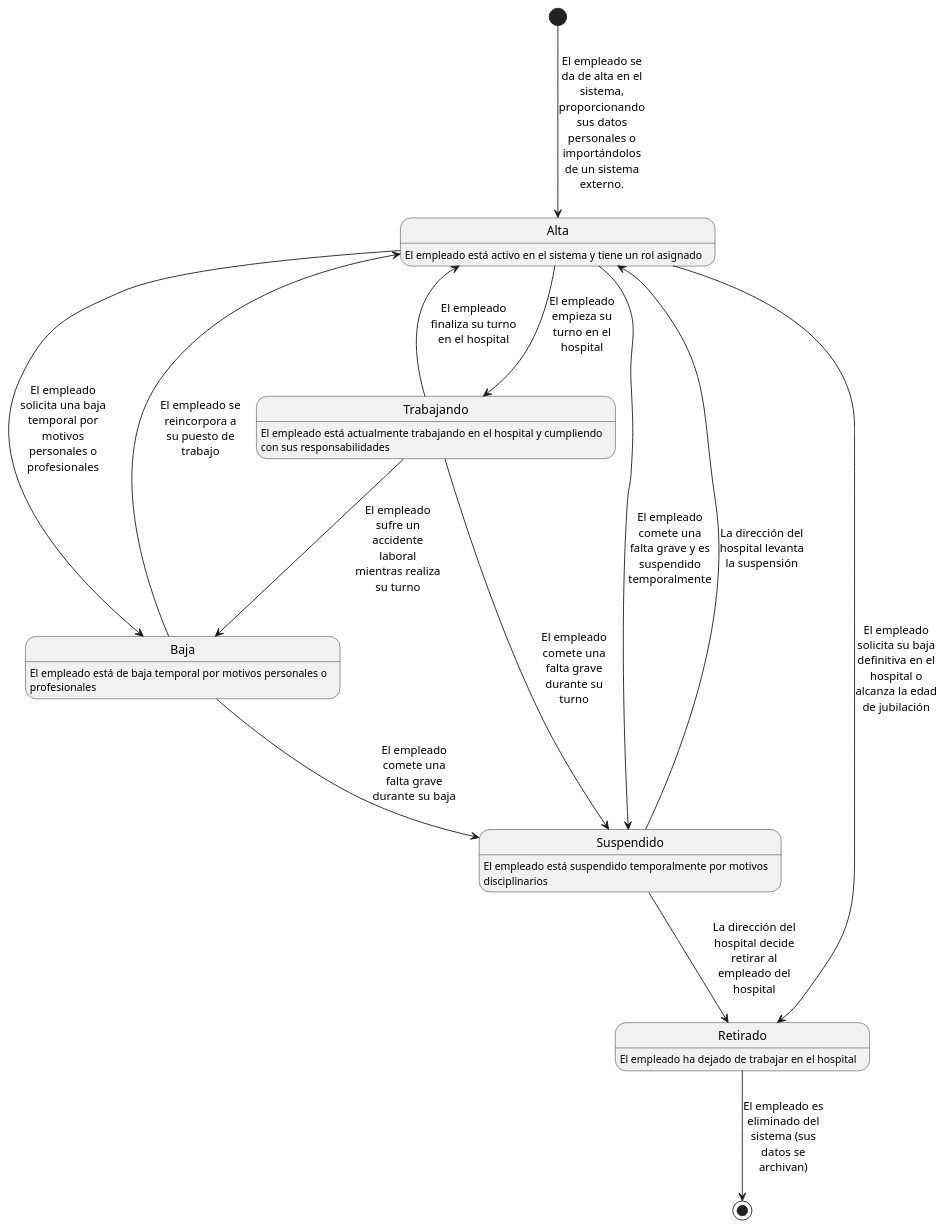
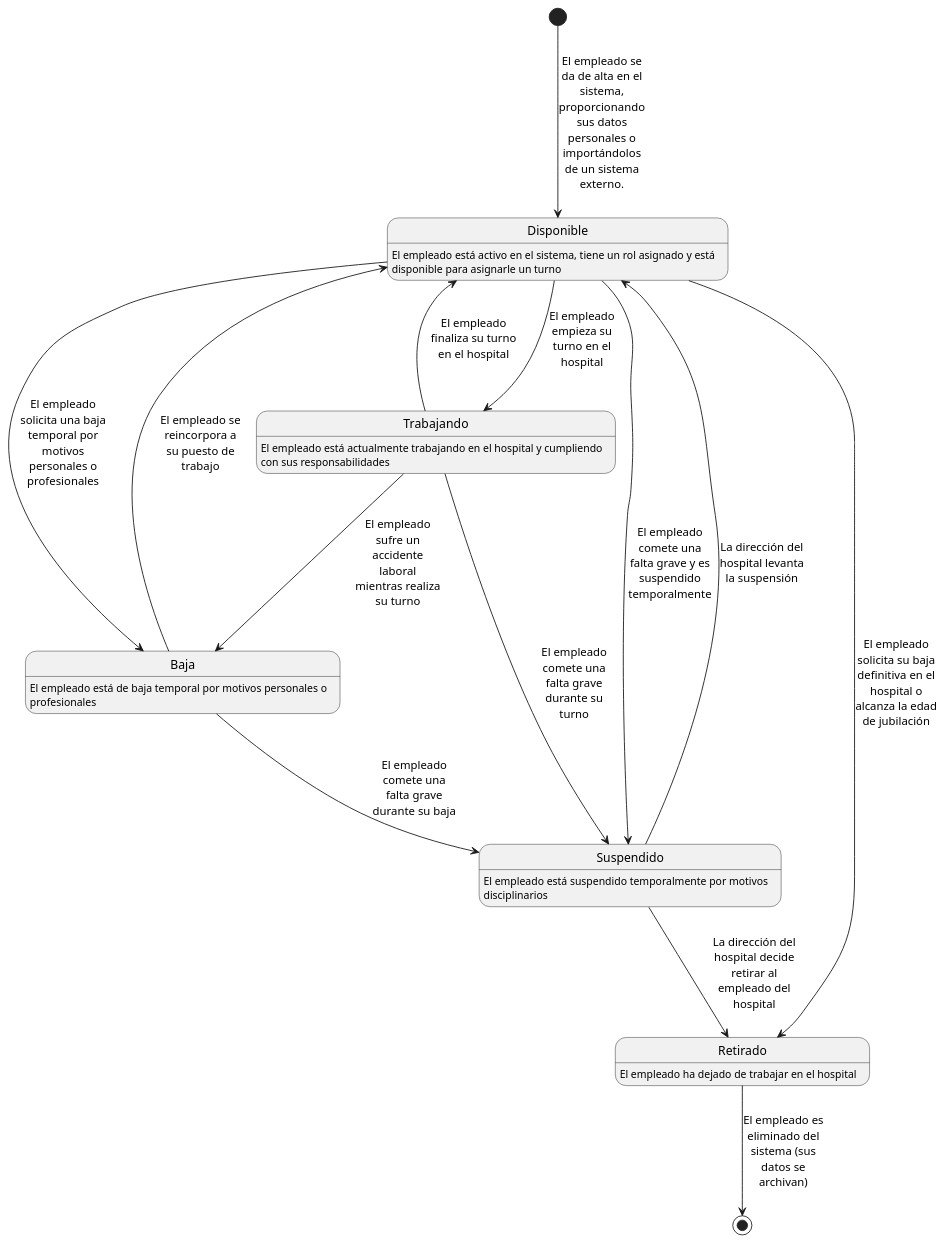
Before and after one commit to jggomeztocino/SaludConecta: the diagram in Dominios/Personal/Empleado/empleado.puml, drawn with PlantUML. The commit also changed 22 other files, not shown here.

```diff
--- a/Dominios/Personal/Empleado/empleado.puml
+++ b/Dominios/Personal/Empleado/empleado.puml
@@ -1,30 +1,30 @@
 @startuml Empleado
 
 skinparam maxMessageSize 100
 skinparam wrapWidth 400
 
-[*] --> Alta : El empleado se da de alta en el sistema, proporcionando sus datos personales o importándolos de un sistema externo.
+[*] --> Disponible : El empleado se da de alta en el sistema, proporcionando sus datos personales o importándolos de un sistema externo.
 
-Alta : El empleado está activo en el sistema y tiene un rol asignado
-Alta --> Trabajando : El empleado empieza su turno en el hospital
-Alta --> Baja : El empleado solicita una baja temporal por motivos personales o profesionales
-Alta --> Suspendido : El empleado comete una falta grave y es suspendido temporalmente
-Alta --> Retirado : El empleado solicita su baja definitiva en el hospital o alcanza la edad de jubilación
+Disponible : El empleado está activo en el sistema, tiene un rol asignado y está disponible para asignarle un turno
+Disponible --> Trabajando : El empleado empieza su turno en el hospital
+Disponible --> Baja : El empleado solicita una baja temporal por motivos personales o profesionales
+Disponible --> Suspendido : El empleado comete una falta grave y es suspendido temporalmente
+Disponible --> Retirado : El empleado solicita su baja definitiva en el hospital o alcanza la edad de jubilación
 
 Trabajando : El empleado está actualmente trabajando en el hospital y cumpliendo con sus responsabilidades
-Trabajando --> Alta : El empleado finaliza su turno en el hospital
+Trabajando --> Disponible : El empleado finaliza su turno en el hospital
 Trabajando --> Baja : El empleado sufre un accidente laboral mientras realiza su turno
 Trabajando --> Suspendido : El empleado comete una falta grave durante su turno
 
 Baja : El empleado está de baja temporal por motivos personales o profesionales
-Baja --> Alta : El empleado se reincorpora a su puesto de trabajo
+Baja --> Disponible : El empleado se reincorpora a su puesto de trabajo
 Baja --> Suspendido : El empleado comete una falta grave durante su baja
 
 Suspendido : El empleado está suspendido temporalmente por motivos disciplinarios
-Suspendido --> Alta : La dirección del hospital levanta la suspensión
+Suspendido --> Disponible : La dirección del hospital levanta la suspensión
 Suspendido --> Retirado : La dirección del hospital decide retirar al empleado del hospital
 
 Retirado : El empleado ha dejado de trabajar en el hospital
 Retirado --> [*] : El empleado es eliminado del sistema (sus datos se archivan)
 
 @enduml
```
